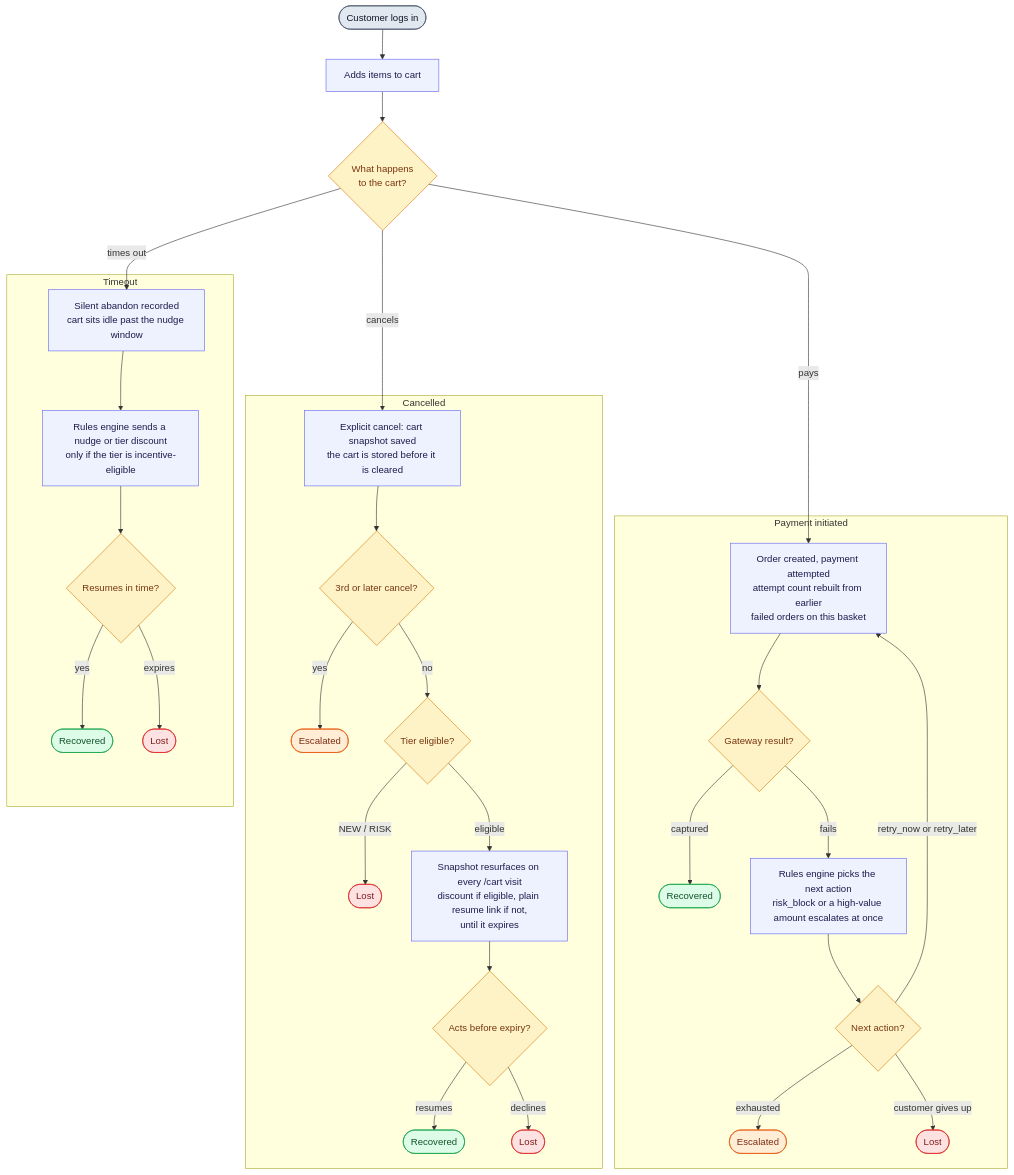
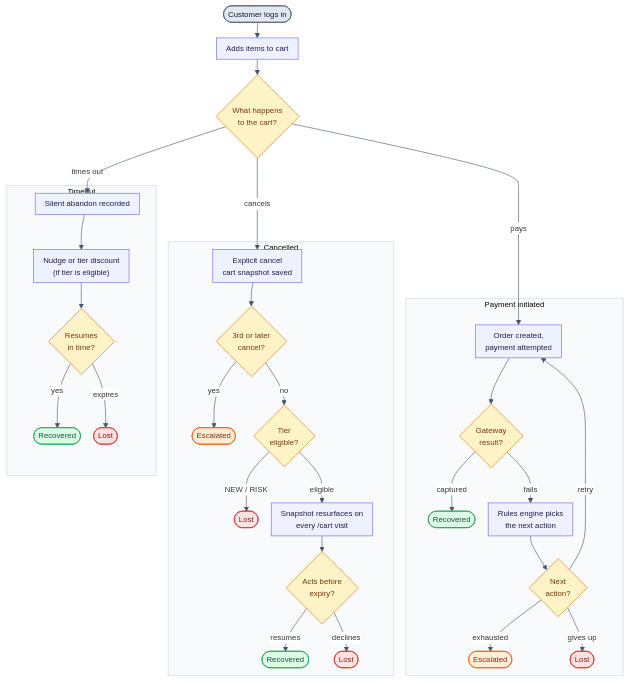
The second of 8 diagrams in README.md (Lakshaykhatri231/Backstop), drawn with Mermaid before and after one commit. The commit also changed other lines of this file, not shown here.

Commit message:
Personalised voice agent, Dragon HD pace and pauses, architecture diagrams in README

````diff
--- a/README.md
+++ b/README.md
@@ -172,52 +172,53 @@
 ```mermaid
+%%{init: {'theme':'base','themeVariables':{'fontSize':'13px','edgeLabelBackground':'#ffffff','lineColor':'#475569','clusterBkg':'#f8fafc','clusterBorder':'#cbd5e1'},'flowchart':{'nodeSpacing':22,'rankSpacing':26,'padding':8,'htmlLabels':true}}}%%
 flowchart TD
     START(["Customer logs in"]) --> CART["Adds items to cart"]
     CART --> FORK{"What happens<br/>to the cart?"}
     FORK -- times out --> T1
     FORK -- cancels --> C1
     FORK -- pays --> P1
 
     subgraph TO["Timeout"]
-      T1["Silent abandon recorded<br/>cart sits idle past the nudge window"] --> T2["Rules engine sends a nudge or tier discount<br/>only if the tier is incentive-eligible"]
-      T2 --> T3{"Resumes in time?"}
+      T1["Silent abandon recorded"] --> T2["Nudge or tier discount<br/>(if tier is eligible)"]
+      T2 --> T3{"Resumes<br/>in time?"}
       T3 -- yes --> TR(["Recovered"])
       T3 -- expires --> TL(["Lost"])
     end
 
     subgraph CA["Cancelled"]
-      C1["Explicit cancel: cart snapshot saved<br/>the cart is stored before it is cleared"] --> C2{"3rd or later cancel?"}
+      C1["Explicit cancel<br/>cart snapshot saved"] --> C2{"3rd or later<br/>cancel?"}
       C2 -- yes --> CE(["Escalated"])
-      C2 -- no --> C3{"Tier eligible?"}
+      C2 -- no --> C3{"Tier<br/>eligible?"}
       C3 -- "NEW / RISK" --> CL1(["Lost"])
-      C3 -- eligible --> C4["Snapshot resurfaces on every /cart visit<br/>discount if eligible, plain resume link if not,<br/>until it expires"]
-      C4 --> C5{"Acts before expiry?"}
+      C3 -- eligible --> C4["Snapshot resurfaces on<br/>every /cart visit"]
+      C4 --> C5{"Acts before<br/>expiry?"}
       C5 -- resumes --> CR(["Recovered"])
       C5 -- declines --> CL2(["Lost"])
     end
 
     subgraph PA["Payment initiated"]
-      P1["Order created, payment attempted<br/>attempt count rebuilt from earlier<br/>failed orders on this basket"] --> P2{"Gateway result?"}
+      P1["Order created,<br/>payment attempted"] --> P2{"Gateway<br/>result?"}
       P2 -- captured --> PR(["Recovered"])
-      P2 -- fails --> P3["Rules engine picks the next action<br/>risk_block or a high-value amount escalates at once"]
-      P3 --> P4{"Next action?"}
-      P4 -- "retry_now or retry_later" --> P1
+      P2 -- fails --> P3["Rules engine picks<br/>the next action"]
+      P3 --> P4{"Next<br/>action?"}
+      P4 -- "retry" --> P1
       P4 -- exhausted --> PE(["Escalated"])
-      P4 -- "customer gives up" --> PL(["Lost"])
+      P4 -- "gives up" --> PL(["Lost"])
     end
 
     T1 ~~~ C1
     C1 ~~~ P1
 
     classDef start fill:#e2e8f0,stroke:#475569,color:#0f172a
     classDef step fill:#eef2ff,stroke:#6366f1,color:#1e1b4b
     classDef ask fill:#fef3c7,stroke:#d97706,color:#78350f
     classDef good fill:#dcfce7,stroke:#16a34a,color:#14532d
     classDef bad fill:#fee2e2,stroke:#dc2626,color:#7f1d1d
     classDef person fill:#ffedd5,stroke:#ea580c,color:#7c2d12
     class START start
     class CART,T1,T2,C1,C4,P1,P3 step
     class FORK,T3,C2,C3,C5,P2,P4 ask
     class TR,CR,PR good
     class TL,CL1,CL2,PL bad
     class CE,PE person
 ```
````
